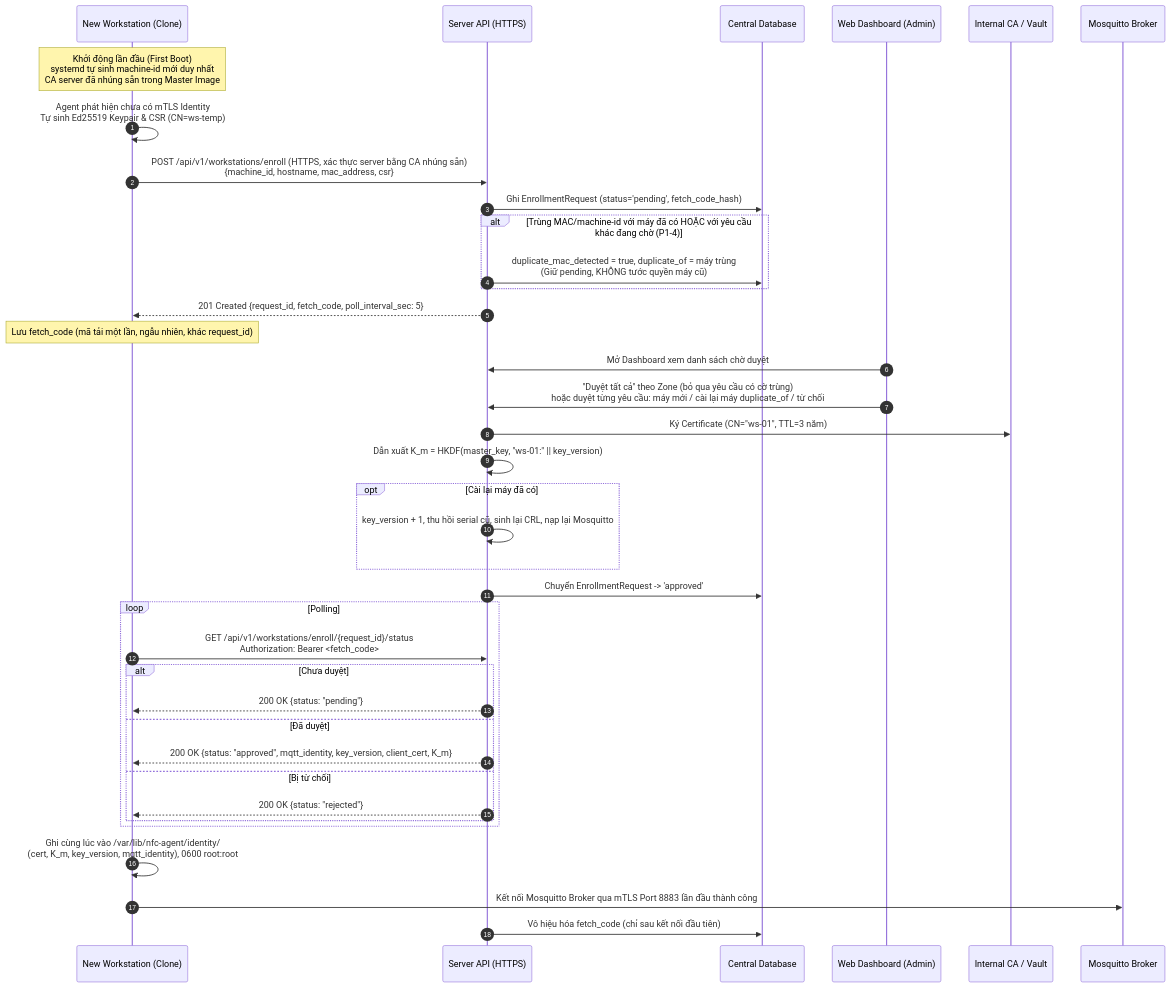
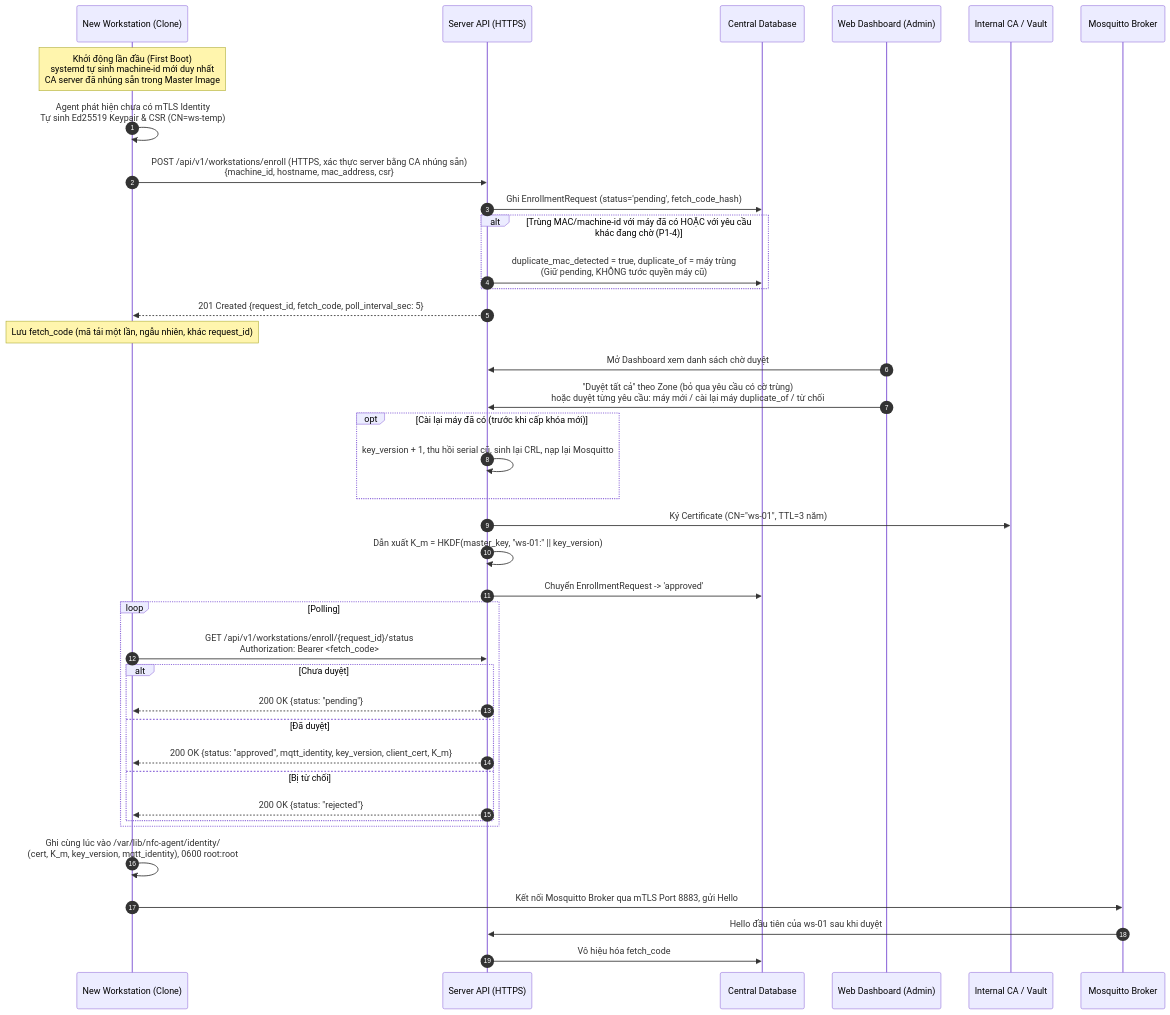
Before and after one commit to binhtoong21/linux-access-control: the third of 3 diagrams in design/docs/06-architecture/decisions/ADR-002-giao-thuc-mqtt-va-dinh-danh-may-tram.md, drawn with Mermaid. The commit also changed other lines of this file and 8 other files, not shown here.

````diff
--- a/design/docs/06-architecture/decisions/ADR-002-giao-thuc-mqtt-va-dinh-danh-may-tram.md
+++ b/design/docs/06-architecture/decisions/ADR-002-giao-thuc-mqtt-va-dinh-danh-may-tram.md
@@ -293,41 +293,42 @@
 ```mermaid
 sequenceDiagram
     autonumber
     participant W as New Workstation (Clone)
     participant S as Server API (HTTPS)
     participant DB as Central Database
     participant Admin as Web Dashboard (Admin)
     participant CA as Internal CA / Vault
     participant B as Mosquitto Broker
 
     Note over W: Khởi động lần đầu (First Boot)<br>systemd tự sinh machine-id mới duy nhất<br>CA server đã nhúng sẵn trong Master Image
     W->>W: Agent phát hiện chưa có mTLS Identity<br>Tự sinh Ed25519 Keypair & CSR (CN=ws-temp)
     W->>S: POST /api/v1/workstations/enroll (HTTPS, xác thực server bằng CA nhúng sẵn)<br>{machine_id, hostname, mac_address, csr}
     S->>DB: Ghi EnrollmentRequest (status='pending', fetch_code_hash)
     alt Trùng MAC/machine-id với máy đã có HOẶC với yêu cầu khác đang chờ (P1-4)
         S->>DB: duplicate_mac_detected = true, duplicate_of = máy trùng<br>(Giữ pending, KHÔNG tước quyền máy cũ)
     end
     S-->>W: 201 Created {request_id, fetch_code, poll_interval_sec: 5}
     Note over W: Lưu fetch_code (mã tải một lần, ngẫu nhiên, khác request_id)
     Admin->>S: Mở Dashboard xem danh sách chờ duyệt
     Admin->>S: "Duyệt tất cả" theo Zone (bỏ qua yêu cầu có cờ trùng)<br>hoặc duyệt từng yêu cầu: máy mới / cài lại máy duplicate_of / từ chối
+    opt Cài lại máy đã có (trước khi cấp khóa mới)
+        S->>S: key_version + 1, thu hồi serial cũ, sinh lại CRL, nạp lại Mosquitto
+    end
     S->>CA: Ký Certificate (CN="ws-01", TTL=3 năm)
     S->>S: Dẫn xuất K_m = HKDF(master_key, "ws-01:" || key_version)
-    opt Cài lại máy đã có
-        S->>S: key_version + 1, thu hồi serial cũ, sinh lại CRL, nạp lại Mosquitto
-    end
     S->>DB: Chuyển EnrollmentRequest -> 'approved'
     loop Polling
         W->>S: GET /api/v1/workstations/enroll/{request_id}/status<br>Authorization: Bearer <fetch_code>
         alt Chưa duyệt
             S-->>W: 200 OK {status: "pending"}
         else Đã duyệt
             S-->>W: 200 OK {status: "approved", mqtt_identity, key_version, client_cert, K_m}
         else Bị từ chối
             S-->>W: 200 OK {status: "rejected"}
         end
     end
     W->>W: Ghi cùng lúc vào /var/lib/nfc-agent/identity/<br>(cert, K_m, key_version, mqtt_identity), 0600 root:root
-    W->>B: Kết nối Mosquitto Broker qua mTLS Port 8883 lần đầu thành công
-    S->>DB: Vô hiệu hóa fetch_code (chỉ sau kết nối đầu tiên)
+    W->>B: Kết nối Mosquitto Broker qua mTLS Port 8883, gửi Hello
+    B->>S: Hello đầu tiên của ws-01 sau khi duyệt
+    S->>DB: Vô hiệu hóa fetch_code
 ```
````
